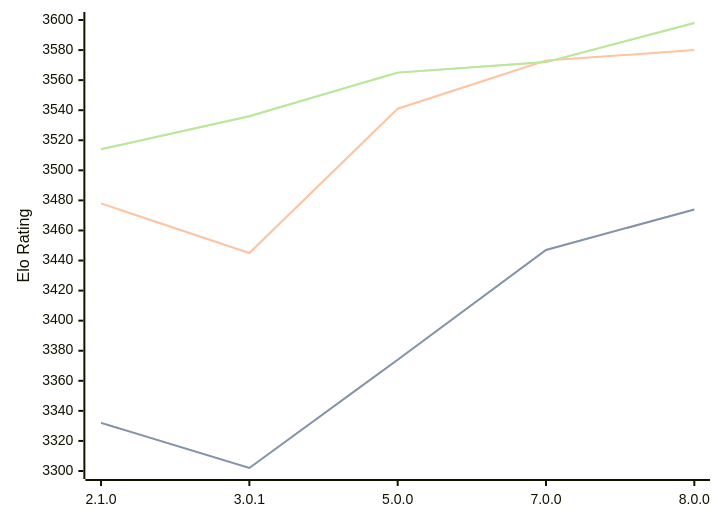
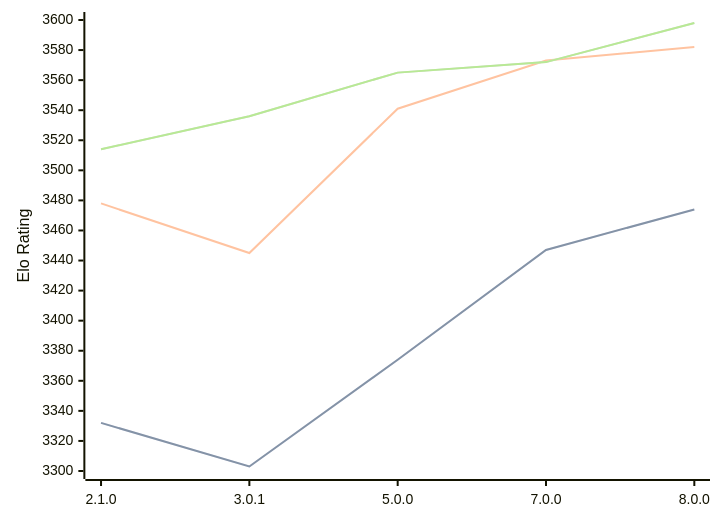
Before and after one commit to computer-chess-index/cci: the diagram in engines/PlentyChess.md, drawn with Mermaid. The commit also changed other lines of this file, not shown here.

````diff
--- a/engines/PlentyChess.md
+++ b/engines/PlentyChess.md
@@ -37,11 +37,11 @@
 ```mermaid
 %%{init: {"theme":"base","themeVariables":{"seriesColors:['#a3a3a3','#222221','#faa371']}}}%%
 xychart-beta
   x-axis ["2.1.0", "3.0.1", "5.0.0", "7.0.0", "8.0.0"]
   y-axis "Elo Rating" 3300 --> 3600
-  line "" [3332, 3302, 3374, 3447, 3474]
-  line "STC (8.0+0.08s)" [3332, 3302, 3374, 3447, 3474]
-  line "LTC (60.0+0.60s)" [3478, 3445, 3541, 3573, 3580]
+  line "" [3332, 3303, 3374, 3447, 3474]
+  line "STC (8.0+0.08s)" [3332, 3303, 3374, 3447, 3474]
+  line "LTC (60.0+0.60s)" [3478, 3445, 3541, 3573, 3582]
   line "" [3514, 3536, 3565, 3572, 3598]
   line "VLTC (2m24s+1.12s)" [3514, 3536, 3565, 3572, 3598]
 ```
````
